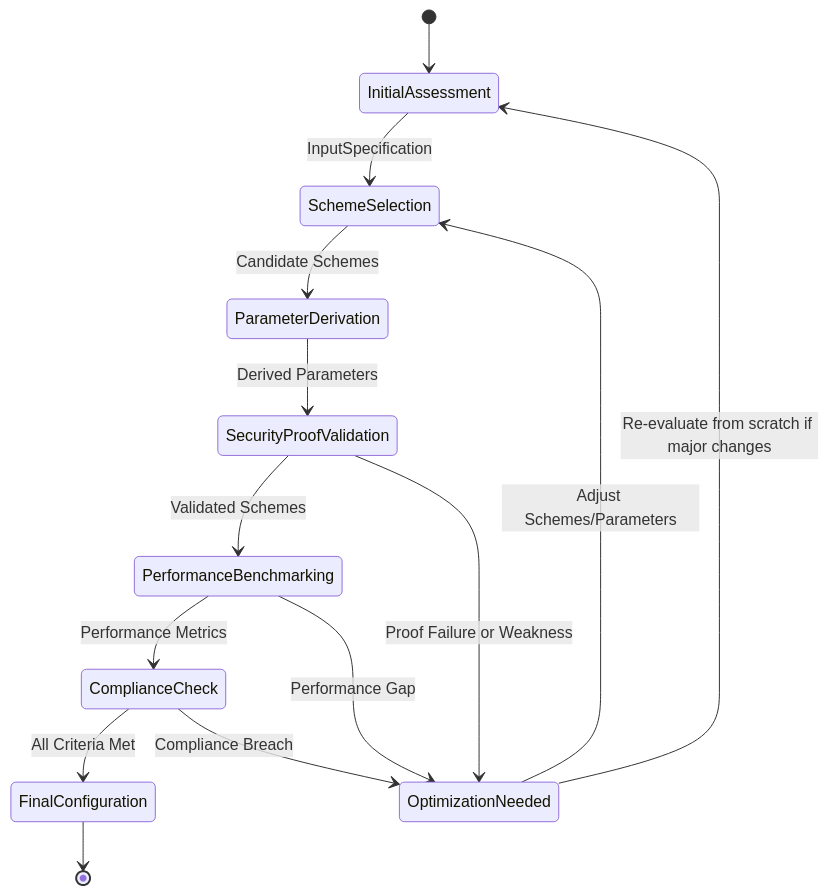
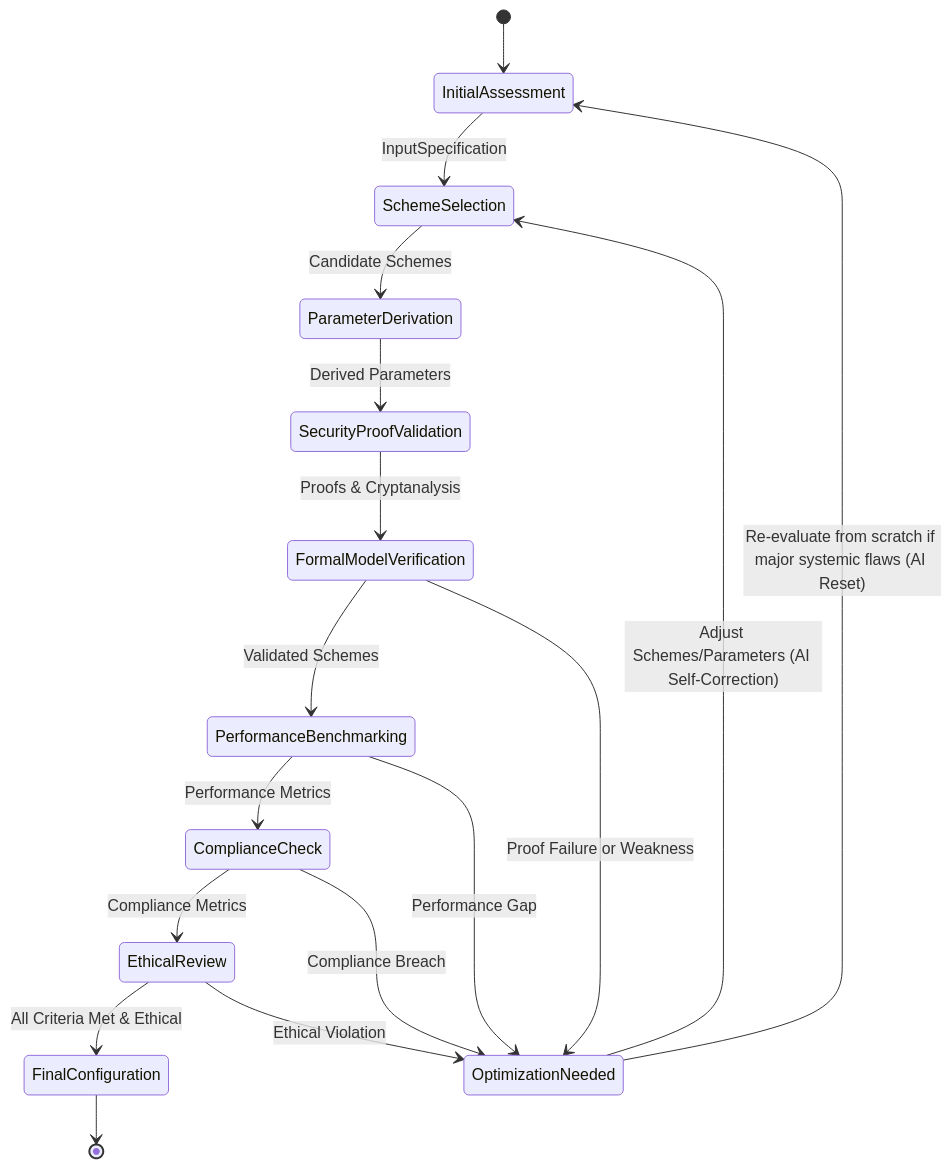
The fifth of 10 diagrams in inventions/013_post_quantum_cryptography_generation/api_schema_and_endpoints.md (diplomat-bit/Citibank_Demo_Business_Inc_Demonstration-), drawn with Mermaid before and after one commit. The commit also changed other lines of this file, not shown here.

Commit message:
[AI] Edit: inventions/013_post_quantum_cryptography_generation/api_schema_and_endpoints.md

````diff
--- a/inventions/013_post_quantum_cryptography_generation/api_schema_and_endpoints.md
+++ b/inventions/013_post_quantum_cryptography_generation/api_schema_and_endpoints.md
@@ -880,16 +1649,19 @@
 ```mermaid
 stateDiagram
     [*] --> InitialAssessment
     InitialAssessment --> SchemeSelection: InputSpecification
     SchemeSelection --> ParameterDerivation: Candidate Schemes
     ParameterDerivation --> SecurityProofValidation: Derived Parameters
-    SecurityProofValidation --> PerformanceBenchmarking: Validated Schemes
+    SecurityProofValidation --> FormalModelVerification: Proofs & Cryptanalysis
+    FormalModelVerification --> PerformanceBenchmarking: Validated Schemes
     PerformanceBenchmarking --> ComplianceCheck: Performance Metrics
-    ComplianceCheck --> FinalConfiguration: All Criteria Met
+    ComplianceCheck --> EthicalReview: Compliance Metrics
+    EthicalReview --> FinalConfiguration: All Criteria Met & Ethical
     FinalConfiguration --> [*]
-    SecurityProofValidation --> OptimizationNeeded: Proof Failure or Weakness
+    FormalModelVerification --> OptimizationNeeded: Proof Failure or Weakness
     PerformanceBenchmarking --> OptimizationNeeded: Performance Gap
     ComplianceCheck --> OptimizationNeeded: Compliance Breach
-    OptimizationNeeded --> SchemeSelection: Adjust Schemes/Parameters
-    OptimizationNeeded --> InitialAssessment: Re-evaluate from scratch if major changes
+    EthicalReview --> OptimizationNeeded: Ethical Violation
+    OptimizationNeeded --> SchemeSelection: Adjust Schemes/Parameters (AI Self-Correction)
+    OptimizationNeeded --> InitialAssessment: Re-evaluate from scratch if major systemic flaws (AI Reset)
 ```
````
